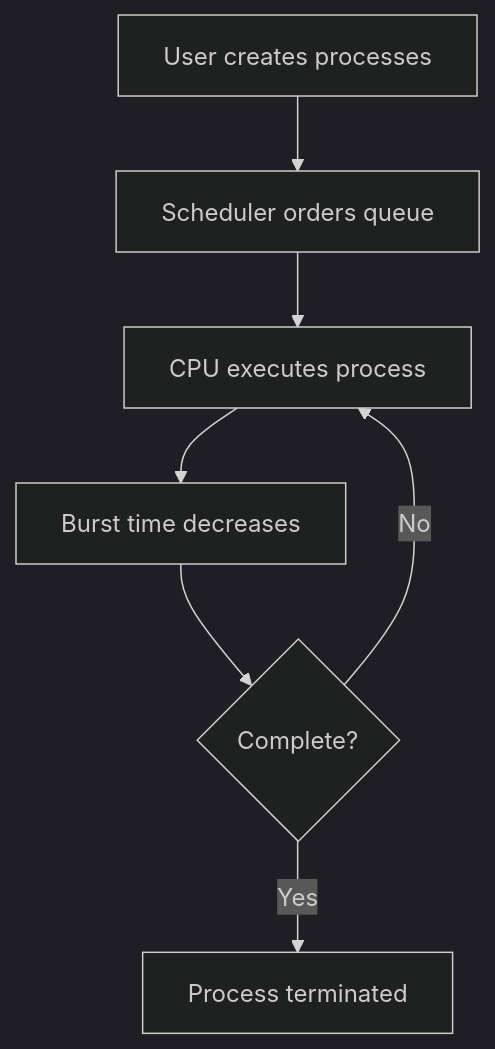
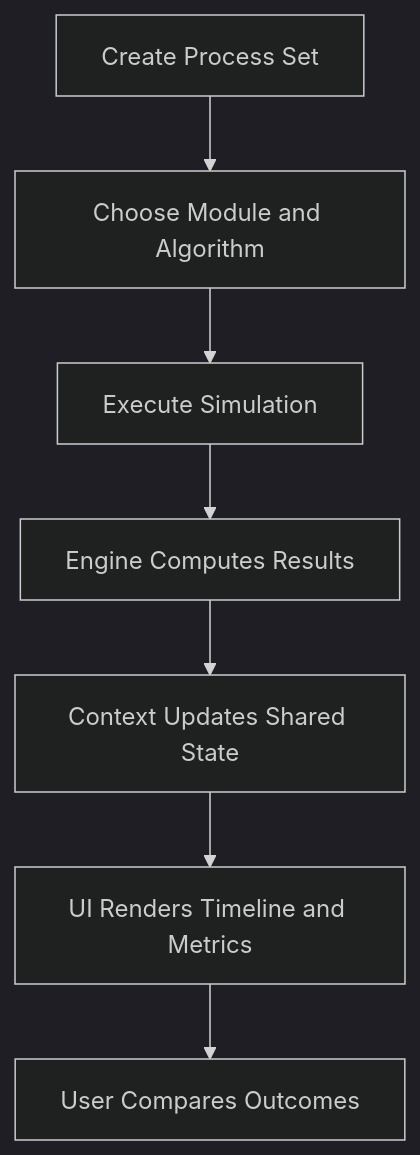
The second of 5 diagrams in README.md (ramalokeshreddyp/KernelCanvas), drawn with Mermaid (dark theme) before and after one commit. The commit also changed other lines of this file and 51 other files, not shown here.

````diff
--- a/README.md
+++ b/README.md
@@ -101,9 +83,9 @@
 ```mermaid
 flowchart TD
-	A[User creates processes] --> B[Scheduler orders queue]
-	B --> C[CPU executes process]
-	C --> D[Burst time decreases]
-	D --> E{Complete?}
-	E -->|No| C
-	E -->|Yes| F[Process terminated]
+  A[Create Process Set] --> B[Choose Module and Algorithm]
+  B --> C[Execute Simulation]
+  C --> D[Engine Computes Results]
+  D --> E[Context Updates Shared State]
+  E --> F[UI Renders Timeline and Metrics]
+  F --> G[User Compares Outcomes]
 ```
````
